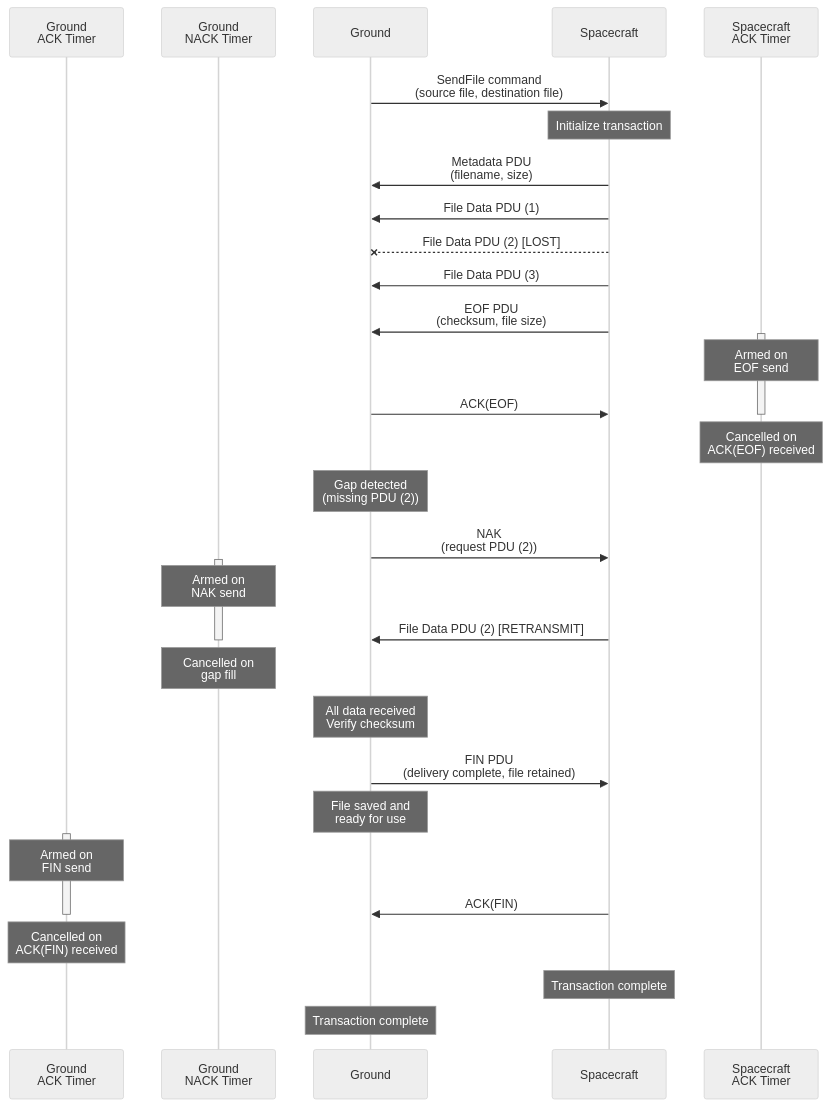
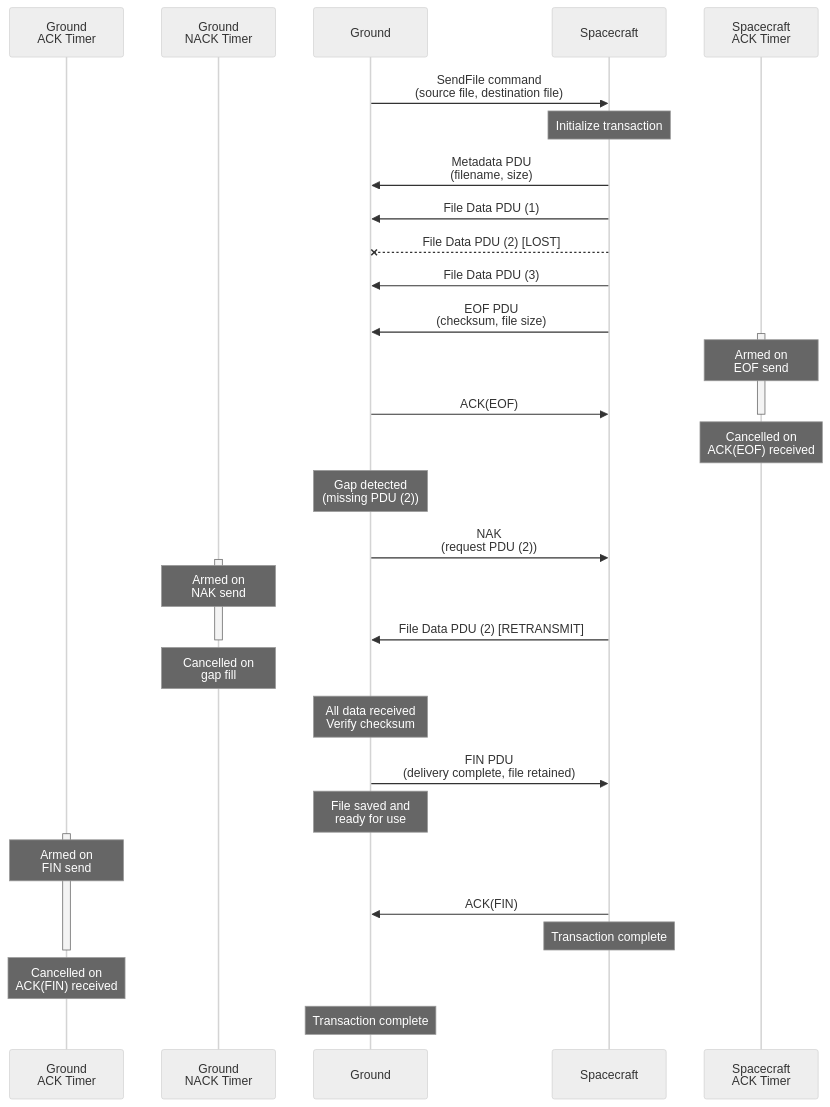
One commit to FireflySpace/fprime changed the second of 3 diagrams in Svc/Ccsds/CfdpManager/docs/sdd.md. Above: the diagram before and after it, drawn with Mermaid (neutral theme). The commit also changed other lines of this file, not shown here.

Commit message:
Added class 2 RX sequence diagram

````diff
--- a/Svc/Ccsds/CfdpManager/docs/sdd.md
+++ b/Svc/Ccsds/CfdpManager/docs/sdd.md
@@ -193,56 +206,56 @@
 ```mermaid
 sequenceDiagram
     participant G_ACK as Ground<br/>ACK Timer
     participant G_NACK as Ground<br/>NACK Timer
     participant Ground
     participant Spacecraft
     participant S_ACK as Spacecraft<br/>ACK Timer
 
     Ground->>Spacecraft: SendFile command<br/>(source file, destination file)
 
     Note over Spacecraft: Initialize transaction
 
     Spacecraft->>Ground: Metadata PDU<br/>(filename, size)
 
     Spacecraft->>Ground: File Data PDU (1)
     Spacecraft--xGround: File Data PDU (2) [LOST]
     Spacecraft->>Ground: File Data PDU (3)
 
     Spacecraft->>Ground: EOF PDU<br/>(checksum, file size)
 
     activate S_ACK
     Note over S_ACK: Armed on<br/>EOF send
 
     Ground->>Spacecraft: ACK(EOF)
 
     deactivate S_ACK
     Note over S_ACK: Cancelled on<br/>ACK(EOF) received
 
     Note over Ground: Gap detected<br/>(missing PDU (2))
 
     Ground->>Spacecraft: NAK<br/>(request PDU (2))
 
     activate G_NACK
     Note over G_NACK: Armed on<br/>NAK send
 
     Spacecraft->>Ground: File Data PDU (2) [RETRANSMIT]
 
     deactivate G_NACK
     Note over G_NACK: Cancelled on<br/>gap fill
 
     Note over Ground: All data received<br/>Verify checksum
 
     Ground->>Spacecraft: FIN PDU<br/>(delivery complete, file retained)
     Note over Ground: File saved and<br>ready for use
 
     activate G_ACK
     Note over G_ACK: Armed on<br/>FIN send
 
     Spacecraft->>Ground: ACK(FIN)
+    Note over Spacecraft: Transaction complete
 
     deactivate G_ACK
     Note over G_ACK: Cancelled on<br/>ACK(FIN) received
 
-    Note over Spacecraft: Transaction complete
     Note over Ground: Transaction complete
 ```
````
